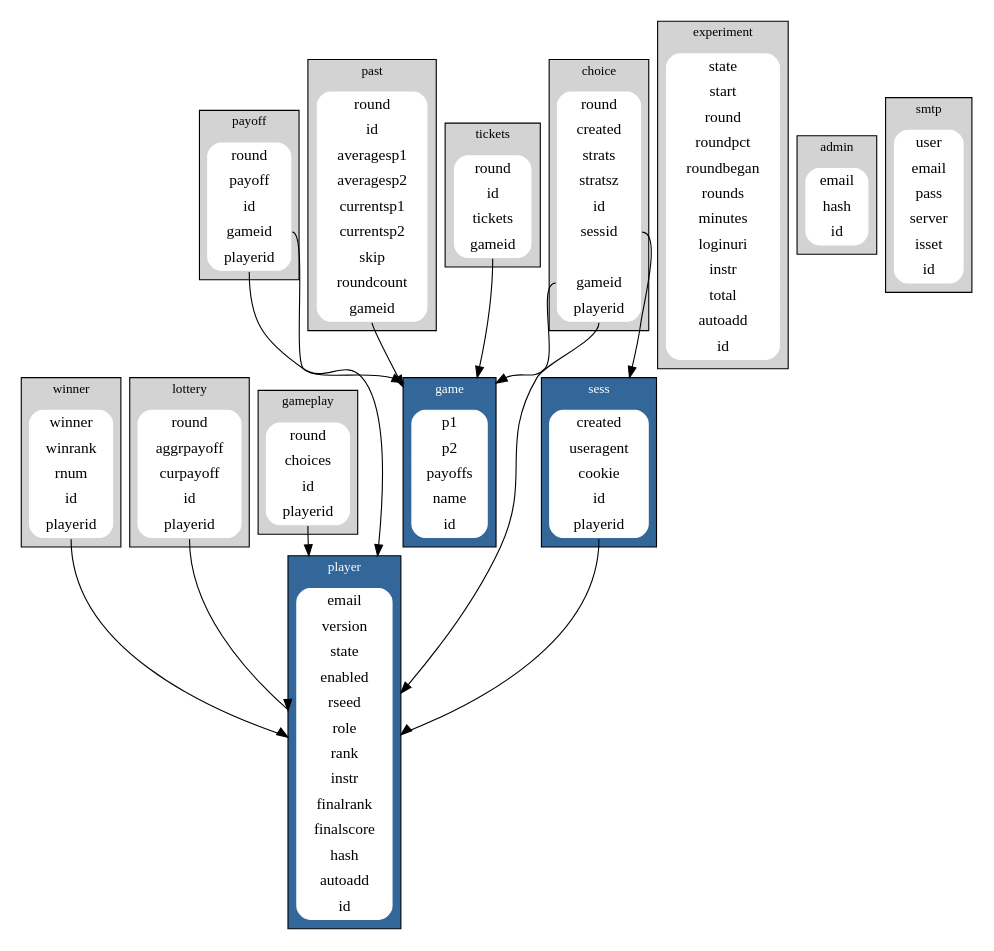
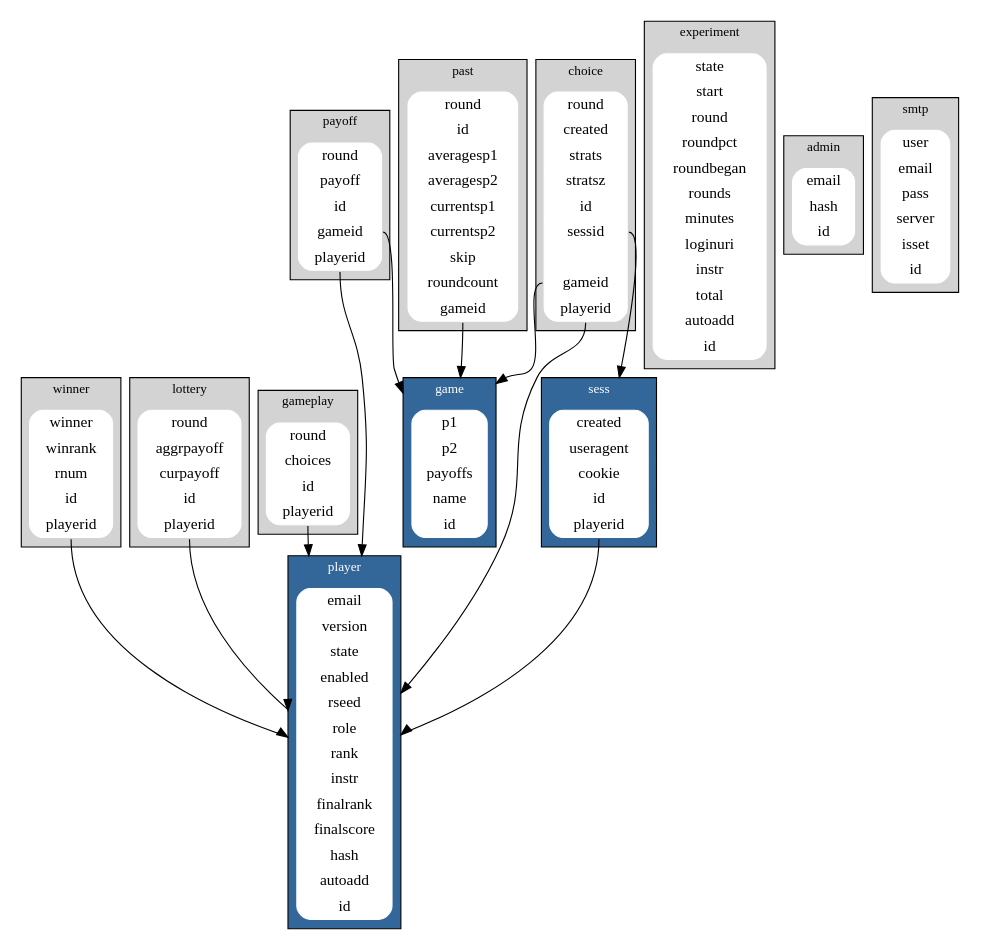
One commit to kristapsdz/gamelab changed the diagram in gamelab.dot. Above: the diagram before and after it, drawn with Graphviz. The commit also changed 4 other files, not shown here.

```diff
--- a/gamelab.dot
+++ b/gamelab.dot
@@ -1,86 +1,80 @@
 digraph {
 	fontsize="12";
 	compound=true;
 	node [shape="record"];
 
 	subgraph cluster_winner {
 		winner [style="filled,rounded"; color="white"; label="{winner | winrank | rnum | id | <f0> playerid}"];
 		label="winner";
 		bgcolor="lightgray";
 	}
 	subgraph cluster_player {
 		player [style="filled,rounded"; color="white"; label="{email | version | state | enabled | rseed | role | rank | instr | finalrank | finalscore | hash | autoadd | id}"];
 		label="player";
 		fontcolor=white;
 		bgcolor="#336699";
 	}
 	subgraph cluster_lottery {
 		lottery [style="filled,rounded"; color="white"; label="{round | aggrpayoff | curpayoff | id | <f0> playerid}"];
 		label="lottery";
 		bgcolor="lightgray";
 	}
 	subgraph cluster_gameplay {
 		gameplay [style="filled,rounded"; color="white"; label="{round | choices | id | <f0>playerid}"];
 		label="gameplay";
 		bgcolor="lightgray";
 	}
 	subgraph cluster_payoff {
 		payoff [style="filled,rounded"; color="white"; label="{round | payoff | id | <f1> gameid | <f0>playerid}"];
 		label="payoff";
 		bgcolor="lightgray";
 	}
 	subgraph cluster_choice {
 		choice [style="filled,rounded"; color="white"; label="{round | created | strats | stratsz | id | <f2> sessid | | <f1> gameid | <f0> playerid}"];
 		label="choice";
 		bgcolor="lightgray";
 	}
 	subgraph cluster_game {
 		game [style="filled,rounded"; color="white"; label="{p1 | p2 | payoffs | name | id}"];
 		label="game";
 		fontcolor=white;
 		bgcolor="#336699";
 	}
 	subgraph cluster_experiment {
 		experiment [style="filled,rounded"; color="white"; label="{state | start | round | roundpct | roundbegan | rounds | minutes | loginuri | instr | total | autoadd | id}"];
 		label="experiment";
 		bgcolor="lightgray";
 	}
 	subgraph cluster_sess {
 		sess [style="filled,rounded"; color="white"; label="{created | useragent | cookie | id | <f0> playerid}"];
 		label="sess";
 		fontcolor=white;
 		bgcolor="#336699";
 	}
 	subgraph cluster_admin {
 		admin [style="filled,rounded"; color="white"; label="{email | hash | id}"];
 		label="admin";
 		bgcolor="lightgray";
 	}
 	subgraph cluster_past {
 		past [style="filled,rounded"; color="white"; label="{round | id | averagesp1 | averagesp2 | currentsp1 | currentsp2 | skip | roundcount | <f1> gameid}"];
 		label="past";
 		bgcolor="lightgray";
 	}
-	subgraph cluster_tickets {
-		tickets [style="filled,rounded"; color="white"; label="{round | id | tickets | <f1> gameid}"];
-		label="tickets";
-		bgcolor="lightgray";
-	}
 	subgraph cluster_smtp {
 		smtp [style="filled,rounded"; color="white"; label="{user | email | pass | server | isset | id}"];
 		label="smtp";
 		bgcolor="lightgray";
 	}
 
 	winner:s:f0 -> player [lhead="cluster_player"];
 	lottery:s:f0 -> player [lhead="cluster_player"];
 	gameplay:s:f0 -> player [lhead="cluster_player"];
 	payoff:s:f0 -> player [lhead="cluster_player"];
 	payoff:f1 -> game [lhead="cluster_game"];
 	choice:s:f0 -> player [lhead="cluster_player"];
 	choice:f1 -> game [lhead="cluster_game"];
 	choice:f2 -> sess [lhead="cluster_sess"];
 	sess:s:f0 -> player [lhead="cluster_player"];
 	past:s:f1 -> game [lhead="cluster_game"];
-	tickets:s:f1 -> game [lhead="cluster_game"];
 }
```
